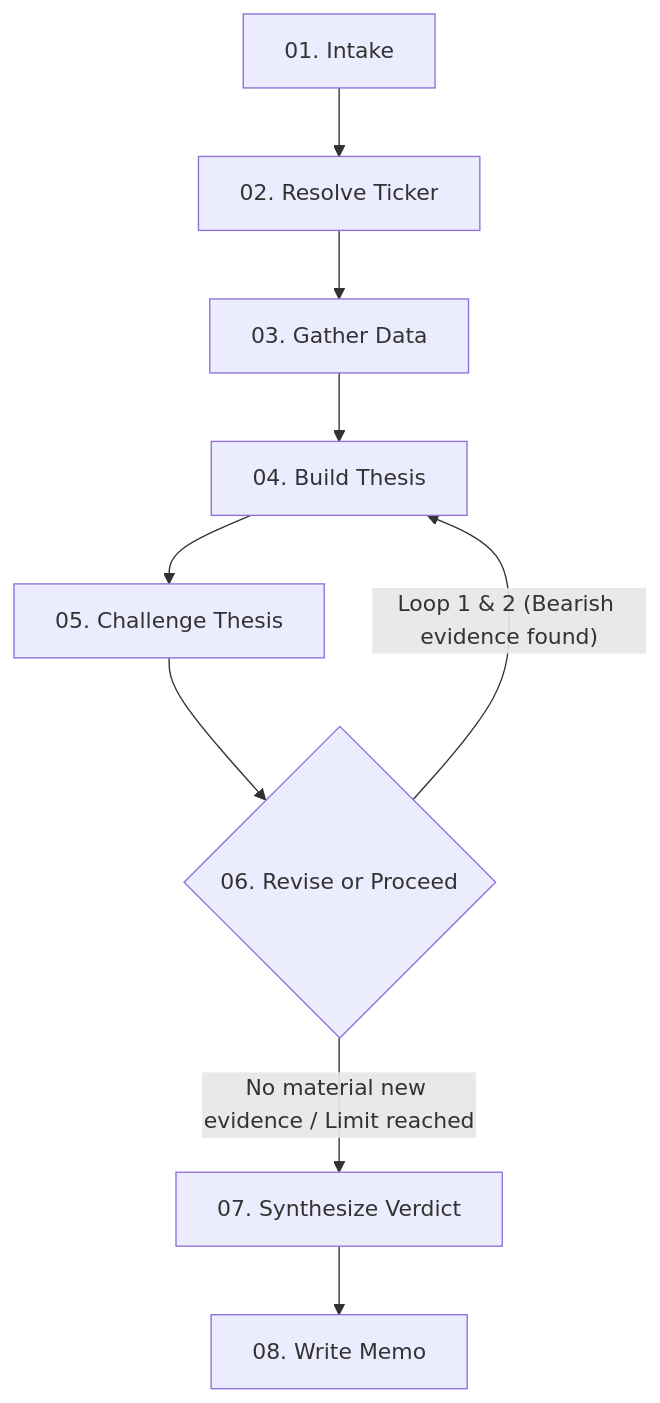
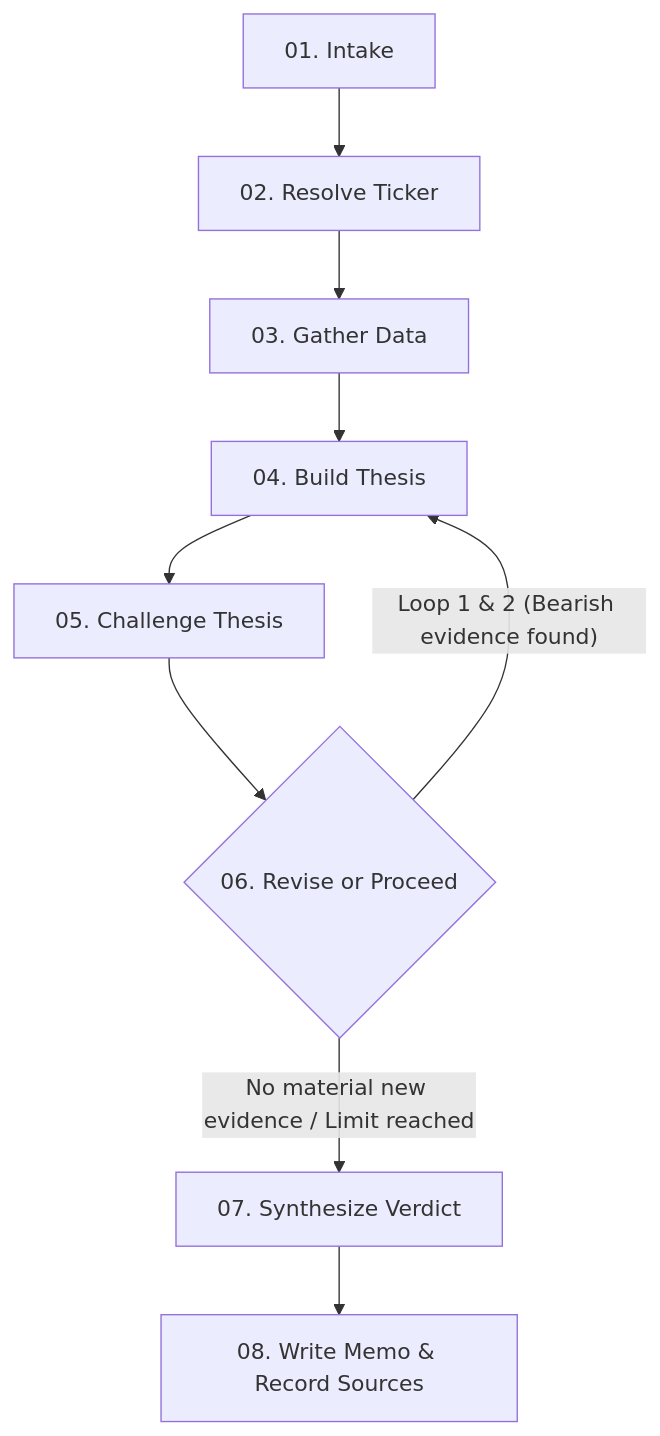
One commit to YaswanthKumarMallela01/ParakhIQ_InsideIIM changed the diagram in README.md. Above: the diagram before and after it, drawn with Mermaid. The commit also changed other lines of this file and 18 other files, not shown here.

````diff
--- a/README.md
+++ b/README.md
@@ -11,11 +11,11 @@
 ```mermaid
 graph TD
   intake[01. Intake] --> resolve[02. Resolve Ticker]
   resolve --> gather[03. Gather Data]
   gather --> thesis[04. Build Thesis]
   thesis --> challenge[05. Challenge Thesis]
   challenge --> router{06. Revise or Proceed}
   router -- "Loop 1 & 2 (Bearish evidence found)" --> thesis
   router -- "No material new evidence / Limit reached" --> verdict[07. Synthesize Verdict]
-  verdict --> memo[08. Write Memo]
+  verdict --> memo[08. Write Memo & Record Sources]
 ```
````
